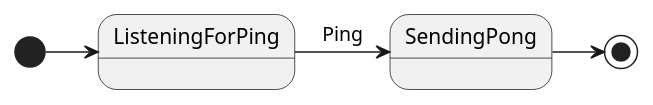
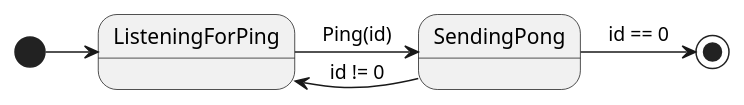
The third of 3 diagrams in README.org (peterpaul/kafka-ping-stm), drawn with PlantUML before and after one commit. The commit also changed 2 other files, not shown here.

Commit message:
Respond pong with same id as ping, keep listening until ping.id = 0

```diff
--- a/README.org
+++ b/README.org
@@ -53,5 +53,6 @@
 #+begin_src plantuml :file pong.svg
   [*] -> ListeningForPing
-  ListeningForPing -> SendingPong: Ping
-  SendingPong -> [*]
+  ListeningForPing -> SendingPong: Ping(id)
+  SendingPong -> ListeningForPing: id != 0
+  SendingPong -> [*]: id == 0
 #+end_src
```
